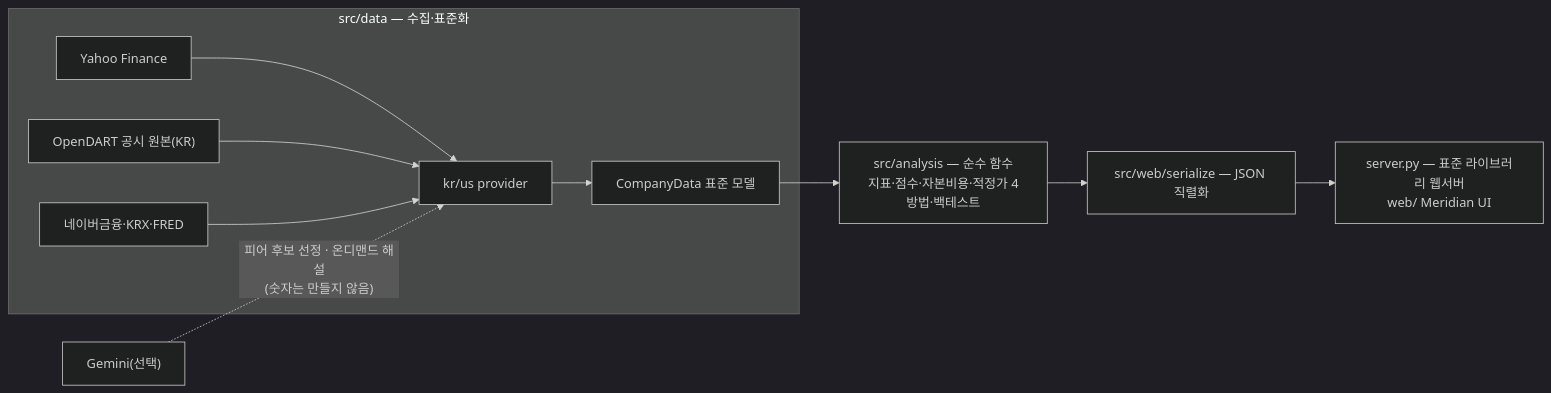
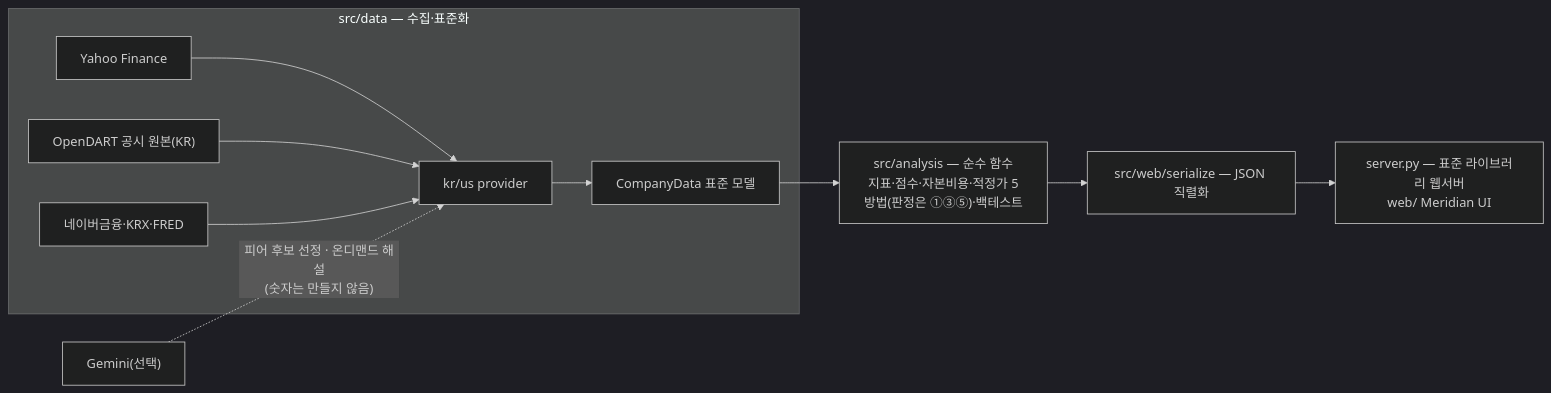
One commit to june690602-blip/valuation-dashboard changed the diagram in README.md. Above: the diagram before and after it, drawn with Mermaid (dark theme). The commit also changed other lines of this file and 2 other files, not shown here.

````diff
--- a/README.md
+++ b/README.md
@@ -44,13 +45,13 @@
 ```mermaid
 flowchart LR
   subgraph DATA["src/data — 수집·표준화"]
     Y["Yahoo Finance"] --> P["kr/us provider"]
     O["OpenDART 공시 원본(KR)"] --> P
     N["네이버금융·KRX·FRED"] --> P
     P --> M["CompanyData 표준 모델"]
   end
-  M --> A["src/analysis — 순수 함수<br/>지표·점수·자본비용·적정가 4방법·백테스트"]
+  M --> A["src/analysis — 순수 함수<br/>지표·점수·자본비용·적정가 5방법(판정은 ①③⑤)·백테스트"]
   A --> S["src/web/serialize — JSON 직렬화"]
   S --> W["server.py — 표준 라이브러리 웹서버<br/>web/ Meridian UI"]
   G["Gemini(선택)"] -. "피어 후보 선정 · 온디맨드 해설<br/>(숫자는 만들지 않음)" .-> P
 ```
````
